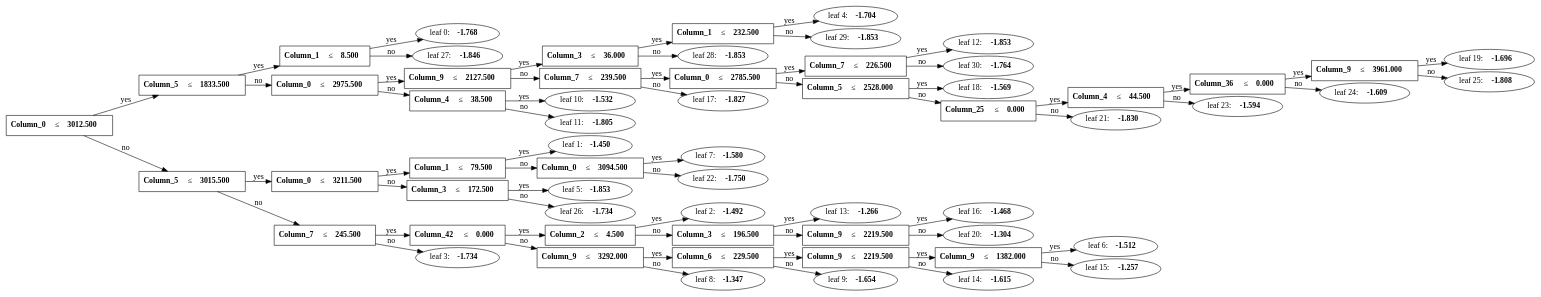
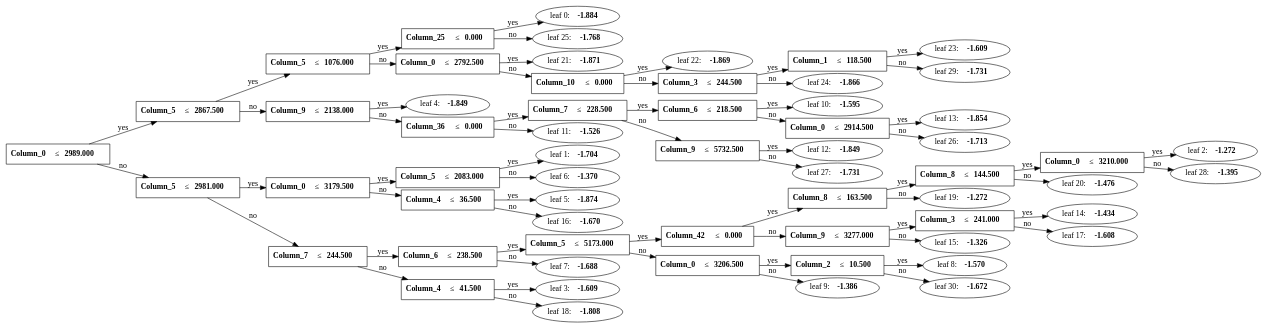
Before and after one commit to dcdmm/MLBase: the diagram in I_Model/集成学习模型/提升算法_boosting/LightGBM_lightgbm/img_view.gv, drawn with Graphviz. The commit also changed 10 other files, not shown here.

```diff
--- a/I_Model/集成学习模型/提升算法_boosting/LightGBM_lightgbm/img_view.gv
+++ b/I_Model/集成学习模型/提升算法_boosting/LightGBM_lightgbm/img_view.gv
@@ -1,124 +1,124 @@
 digraph {
 	graph [nodesep=0.05 rankdir=LR ranksep=0.3]
-	split0 [label=<<B>Column_0</B> &#8804; <B>3012.500</B>> fillcolor=white shape=rectangle style=""]
-	split3 [label=<<B>Column_5</B> &#8804; <B>1833.500</B>> fillcolor=white shape=rectangle style=""]
-	split26 [label=<<B>Column_1</B> &#8804; <B>8.500</B>> fillcolor=white shape=rectangle style=""]
-	leaf0 [label=<leaf 0: <B>-1.768</B>>]
-	split26 -> leaf0 [label=yes]
-	leaf27 [label=<leaf 27: <B>-1.846</B>>]
+	split0 [label=<<B>Column_0</B> &#8804;<B>2989.000</B>> fillcolor=white shape=rectangle style=""]
+	split3 [label=<<B>Column_5</B> &#8804;<B>2867.500</B>> fillcolor=white shape=rectangle style=""]
+	split20 [label=<<B>Column_5</B> &#8804;<B>1076.000</B>> fillcolor=white shape=rectangle style=""]
+	split24 [label=<<B>Column_25</B> &#8804;<B>0.000</B>> fillcolor=white shape=rectangle style=""]
+	leaf0 [label=<leaf 0: <B>-1.884</B>>]
+	split24 -> leaf0 [label=yes]
+	leaf25 [label=<leaf 25: <B>-1.768</B>>]
+	split24 -> leaf25 [label=no]
+	split20 -> split24 [label=yes]
+	split21 [label=<<B>Column_0</B> &#8804;<B>2792.500</B>> fillcolor=white shape=rectangle style=""]
+	leaf21 [label=<leaf 21: <B>-1.871</B>>]
+	split21 -> leaf21 [label=yes]
+	split22 [label=<<B>Column_10</B> &#8804;<B>0.000</B>> fillcolor=white shape=rectangle style=""]
+	leaf22 [label=<leaf 22: <B>-1.869</B>>]
+	split22 -> leaf22 [label=yes]
+	split23 [label=<<B>Column_3</B> &#8804;<B>244.500</B>> fillcolor=white shape=rectangle style=""]
+	split28 [label=<<B>Column_1</B> &#8804;<B>118.500</B>> fillcolor=white shape=rectangle style=""]
+	leaf23 [label=<leaf 23: <B>-1.609</B>>]
+	split28 -> leaf23 [label=yes]
+	leaf29 [label=<leaf 29: <B>-1.731</B>>]
+	split28 -> leaf29 [label=no]
+	split23 -> split28 [label=yes]
+	leaf24 [label=<leaf 24: <B>-1.866</B>>]
+	split23 -> leaf24 [label=no]
+	split22 -> split23 [label=no]
+	split21 -> split22 [label=no]
+	split20 -> split21 [label=no]
+	split3 -> split20 [label=yes]
+	split9 [label=<<B>Column_9</B> &#8804;<B>2138.000</B>> fillcolor=white shape=rectangle style=""]
+	leaf4 [label=<leaf 4: <B>-1.849</B>>]
+	split9 -> leaf4 [label=yes]
+	split10 [label=<<B>Column_36</B> &#8804;<B>0.000</B>> fillcolor=white shape=rectangle style=""]
+	split11 [label=<<B>Column_7</B> &#8804;<B>228.500</B>> fillcolor=white shape=rectangle style=""]
+	split12 [label=<<B>Column_6</B> &#8804;<B>218.500</B>> fillcolor=white shape=rectangle style=""]
+	leaf10 [label=<leaf 10: <B>-1.595</B>>]
+	split12 -> leaf10 [label=yes]
+	split25 [label=<<B>Column_0</B> &#8804;<B>2914.500</B>> fillcolor=white shape=rectangle style=""]
+	leaf13 [label=<leaf 13: <B>-1.854</B>>]
+	split25 -> leaf13 [label=yes]
+	leaf26 [label=<leaf 26: <B>-1.713</B>>]
+	split25 -> leaf26 [label=no]
+	split12 -> split25 [label=no]
+	split11 -> split12 [label=yes]
+	split26 [label=<<B>Column_9</B> &#8804;<B>5732.500</B>> fillcolor=white shape=rectangle style=""]
+	leaf12 [label=<leaf 12: <B>-1.849</B>>]
+	split26 -> leaf12 [label=yes]
+	leaf27 [label=<leaf 27: <B>-1.731</B>>]
 	split26 -> leaf27 [label=no]
-	split3 -> split26 [label=yes]
-	split9 [label=<<B>Column_0</B> &#8804; <B>2975.500</B>> fillcolor=white shape=rectangle style=""]
-	split11 [label=<<B>Column_9</B> &#8804; <B>2127.500</B>> fillcolor=white shape=rectangle style=""]
-	split27 [label=<<B>Column_3</B> &#8804; <B>36.000</B>> fillcolor=white shape=rectangle style=""]
-	split28 [label=<<B>Column_1</B> &#8804; <B>232.500</B>> fillcolor=white shape=rectangle style=""]
-	leaf4 [label=<leaf 4: <B>-1.704</B>>]
-	split28 -> leaf4 [label=yes]
-	leaf29 [label=<leaf 29: <B>-1.853</B>>]
-	split28 -> leaf29 [label=no]
-	split27 -> split28 [label=yes]
-	leaf28 [label=<leaf 28: <B>-1.853</B>>]
-	split27 -> leaf28 [label=no]
-	split11 -> split27 [label=yes]
-	split16 [label=<<B>Column_7</B> &#8804; <B>239.500</B>> fillcolor=white shape=rectangle style=""]
-	split17 [label=<<B>Column_0</B> &#8804; <B>2785.500</B>> fillcolor=white shape=rectangle style=""]
-	split29 [label=<<B>Column_7</B> &#8804; <B>226.500</B>> fillcolor=white shape=rectangle style=""]
-	leaf12 [label=<leaf 12: <B>-1.853</B>>]
-	split29 -> leaf12 [label=yes]
-	leaf30 [label=<leaf 30: <B>-1.764</B>>]
-	split29 -> leaf30 [label=no]
-	split17 -> split29 [label=yes]
-	split18 [label=<<B>Column_5</B> &#8804; <B>2528.000</B>> fillcolor=white shape=rectangle style=""]
-	leaf18 [label=<leaf 18: <B>-1.569</B>>]
-	split18 -> leaf18 [label=yes]
-	split20 [label=<<B>Column_25</B> &#8804; <B>0.000</B>> fillcolor=white shape=rectangle style=""]
-	split22 [label=<<B>Column_4</B> &#8804; <B>44.500</B>> fillcolor=white shape=rectangle style=""]
-	split23 [label=<<B>Column_36</B> &#8804; <B>0.000</B>> fillcolor=white shape=rectangle style=""]
-	split24 [label=<<B>Column_9</B> &#8804; <B>3961.000</B>> fillcolor=white shape=rectangle style=""]
-	leaf19 [label=<leaf 19: <B>-1.696</B>>]
-	split24 -> leaf19 [label=yes]
-	leaf25 [label=<leaf 25: <B>-1.808</B>>]
-	split24 -> leaf25 [label=no]
-	split23 -> split24 [label=yes]
-	leaf24 [label=<leaf 24: <B>-1.609</B>>]
-	split23 -> leaf24 [label=no]
-	split22 -> split23 [label=yes]
-	leaf23 [label=<leaf 23: <B>-1.594</B>>]
-	split22 -> leaf23 [label=no]
-	split20 -> split22 [label=yes]
-	leaf21 [label=<leaf 21: <B>-1.830</B>>]
-	split20 -> leaf21 [label=no]
-	split18 -> split20 [label=no]
-	split17 -> split18 [label=no]
-	split16 -> split17 [label=yes]
-	leaf17 [label=<leaf 17: <B>-1.827</B>>]
-	split16 -> leaf17 [label=no]
-	split11 -> split16 [label=no]
-	split9 -> split11 [label=yes]
-	split10 [label=<<B>Column_4</B> &#8804; <B>38.500</B>> fillcolor=white shape=rectangle style=""]
-	leaf10 [label=<leaf 10: <B>-1.532</B>>]
-	split10 -> leaf10 [label=yes]
-	leaf11 [label=<leaf 11: <B>-1.805</B>>]
+	split11 -> split26 [label=no]
+	split10 -> split11 [label=yes]
+	leaf11 [label=<leaf 11: <B>-1.526</B>>]
 	split10 -> leaf11 [label=no]
 	split9 -> split10 [label=no]
 	split3 -> split9 [label=no]
 	split0 -> split3 [label=yes]
-	split1 [label=<<B>Column_5</B> &#8804; <B>3015.500</B>> fillcolor=white shape=rectangle style=""]
-	split4 [label=<<B>Column_0</B> &#8804; <B>3211.500</B>> fillcolor=white shape=rectangle style=""]
-	split6 [label=<<B>Column_1</B> &#8804; <B>79.500</B>> fillcolor=white shape=rectangle style=""]
-	leaf1 [label=<leaf 1: <B>-1.450</B>>]
-	split6 -> leaf1 [label=yes]
-	split21 [label=<<B>Column_0</B> &#8804; <B>3094.500</B>> fillcolor=white shape=rectangle style=""]
-	leaf7 [label=<leaf 7: <B>-1.580</B>>]
-	split21 -> leaf7 [label=yes]
-	leaf22 [label=<leaf 22: <B>-1.750</B>>]
-	split21 -> leaf22 [label=no]
-	split6 -> split21 [label=no]
-	split4 -> split6 [label=yes]
-	split25 [label=<<B>Column_3</B> &#8804; <B>172.500</B>> fillcolor=white shape=rectangle style=""]
-	leaf5 [label=<leaf 5: <B>-1.853</B>>]
-	split25 -> leaf5 [label=yes]
-	leaf26 [label=<leaf 26: <B>-1.734</B>>]
-	split25 -> leaf26 [label=no]
-	split4 -> split25 [label=no]
+	split1 [label=<<B>Column_5</B> &#8804;<B>2981.000</B>> fillcolor=white shape=rectangle style=""]
+	split4 [label=<<B>Column_0</B> &#8804;<B>3179.500</B>> fillcolor=white shape=rectangle style=""]
+	split5 [label=<<B>Column_5</B> &#8804;<B>2083.000</B>> fillcolor=white shape=rectangle style=""]
+	leaf1 [label=<leaf 1: <B>-1.704</B>>]
+	split5 -> leaf1 [label=yes]
+	leaf6 [label=<leaf 6: <B>-1.370</B>>]
+	split5 -> leaf6 [label=no]
+	split4 -> split5 [label=yes]
+	split15 [label=<<B>Column_4</B> &#8804;<B>36.500</B>> fillcolor=white shape=rectangle style=""]
+	leaf5 [label=<leaf 5: <B>-1.874</B>>]
+	split15 -> leaf5 [label=yes]
+	leaf16 [label=<leaf 16: <B>-1.670</B>>]
+	split15 -> leaf16 [label=no]
+	split4 -> split15 [label=no]
 	split1 -> split4 [label=yes]
-	split2 [label=<<B>Column_7</B> &#8804; <B>245.500</B>> fillcolor=white shape=rectangle style=""]
-	split5 [label=<<B>Column_42</B> &#8804; <B>0.000</B>> fillcolor=white shape=rectangle style=""]
-	split12 [label=<<B>Column_2</B> &#8804; <B>4.500</B>> fillcolor=white shape=rectangle style=""]
-	leaf2 [label=<leaf 2: <B>-1.492</B>>]
-	split12 -> leaf2 [label=yes]
-	split15 [label=<<B>Column_3</B> &#8804; <B>196.500</B>> fillcolor=white shape=rectangle style=""]
-	leaf13 [label=<leaf 13: <B>-1.266</B>>]
-	split15 -> leaf13 [label=yes]
-	split19 [label=<<B>Column_9</B> &#8804; <B>2219.500</B>> fillcolor=white shape=rectangle style=""]
-	leaf16 [label=<leaf 16: <B>-1.468</B>>]
-	split19 -> leaf16 [label=yes]
-	leaf20 [label=<leaf 20: <B>-1.304</B>>]
+	split2 [label=<<B>Column_7</B> &#8804;<B>244.500</B>> fillcolor=white shape=rectangle style=""]
+	split6 [label=<<B>Column_6</B> &#8804;<B>238.500</B>> fillcolor=white shape=rectangle style=""]
+	split7 [label=<<B>Column_5</B> &#8804;<B>5173.000</B>> fillcolor=white shape=rectangle style=""]
+	split13 [label=<<B>Column_42</B> &#8804;<B>0.000</B>> fillcolor=white shape=rectangle style=""]
+	split18 [label=<<B>Column_8</B> &#8804;<B>163.500</B>> fillcolor=white shape=rectangle style=""]
+	split19 [label=<<B>Column_8</B> &#8804;<B>144.500</B>> fillcolor=white shape=rectangle style=""]
+	split27 [label=<<B>Column_0</B> &#8804;<B>3210.000</B>> fillcolor=white shape=rectangle style=""]
+	leaf2 [label=<leaf 2: <B>-1.272</B>>]
+	split27 -> leaf2 [label=yes]
+	leaf28 [label=<leaf 28: <B>-1.395</B>>]
+	split27 -> leaf28 [label=no]
+	split19 -> split27 [label=yes]
+	leaf20 [label=<leaf 20: <B>-1.476</B>>]
 	split19 -> leaf20 [label=no]
-	split15 -> split19 [label=no]
-	split12 -> split15 [label=no]
-	split5 -> split12 [label=yes]
-	split7 [label=<<B>Column_9</B> &#8804; <B>3292.000</B>> fillcolor=white shape=rectangle style=""]
-	split8 [label=<<B>Column_6</B> &#8804; <B>229.500</B>> fillcolor=white shape=rectangle style=""]
-	split13 [label=<<B>Column_9</B> &#8804; <B>2219.500</B>> fillcolor=white shape=rectangle style=""]
-	split14 [label=<<B>Column_9</B> &#8804; <B>1382.000</B>> fillcolor=white shape=rectangle style=""]
-	leaf6 [label=<leaf 6: <B>-1.512</B>>]
-	split14 -> leaf6 [label=yes]
-	leaf15 [label=<leaf 15: <B>-1.257</B>>]
+	split18 -> split19 [label=yes]
+	leaf19 [label=<leaf 19: <B>-1.272</B>>]
+	split18 -> leaf19 [label=no]
+	split13 -> split18 [label=yes]
+	split14 [label=<<B>Column_9</B> &#8804;<B>3277.000</B>> fillcolor=white shape=rectangle style=""]
+	split16 [label=<<B>Column_3</B> &#8804;<B>241.000</B>> fillcolor=white shape=rectangle style=""]
+	leaf14 [label=<leaf 14: <B>-1.434</B>>]
+	split16 -> leaf14 [label=yes]
+	leaf17 [label=<leaf 17: <B>-1.608</B>>]
+	split16 -> leaf17 [label=no]
+	split14 -> split16 [label=yes]
+	leaf15 [label=<leaf 15: <B>-1.326</B>>]
 	split14 -> leaf15 [label=no]
-	split13 -> split14 [label=yes]
-	leaf14 [label=<leaf 14: <B>-1.615</B>>]
-	split13 -> leaf14 [label=no]
-	split8 -> split13 [label=yes]
-	leaf9 [label=<leaf 9: <B>-1.654</B>>]
+	split13 -> split14 [label=no]
+	split7 -> split13 [label=yes]
+	split8 [label=<<B>Column_0</B> &#8804;<B>3206.500</B>> fillcolor=white shape=rectangle style=""]
+	split29 [label=<<B>Column_2</B> &#8804;<B>10.500</B>> fillcolor=white shape=rectangle style=""]
+	leaf8 [label=<leaf 8: <B>-1.570</B>>]
+	split29 -> leaf8 [label=yes]
+	leaf30 [label=<leaf 30: <B>-1.672</B>>]
+	split29 -> leaf30 [label=no]
+	split8 -> split29 [label=yes]
+	leaf9 [label=<leaf 9: <B>-1.386</B>>]
 	split8 -> leaf9 [label=no]
-	split7 -> split8 [label=yes]
-	leaf8 [label=<leaf 8: <B>-1.347</B>>]
-	split7 -> leaf8 [label=no]
-	split5 -> split7 [label=no]
-	split2 -> split5 [label=yes]
-	leaf3 [label=<leaf 3: <B>-1.734</B>>]
-	split2 -> leaf3 [label=no]
+	split7 -> split8 [label=no]
+	split6 -> split7 [label=yes]
+	leaf7 [label=<leaf 7: <B>-1.688</B>>]
+	split6 -> leaf7 [label=no]
+	split2 -> split6 [label=yes]
+	split17 [label=<<B>Column_4</B> &#8804;<B>41.500</B>> fillcolor=white shape=rectangle style=""]
+	leaf3 [label=<leaf 3: <B>-1.609</B>>]
+	split17 -> leaf3 [label=yes]
+	leaf18 [label=<leaf 18: <B>-1.808</B>>]
+	split17 -> leaf18 [label=no]
+	split2 -> split17 [label=no]
 	split1 -> split2 [label=no]
 	split0 -> split1 [label=no]
 }
```
